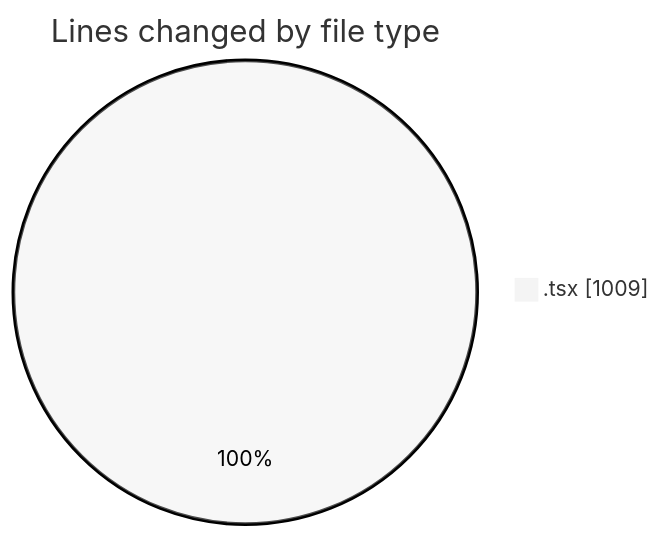
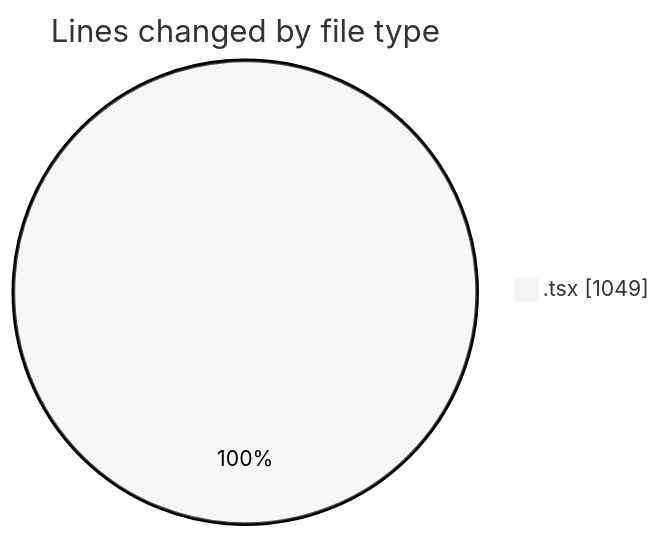
The first of 2 diagrams in 2025-05-28/kimberly-groups/README.md (JenPaints/code-tracking), drawn with Mermaid (neutral theme) before and after one commit. The commit also changed other lines of this file and 1 other file, not shown here.

````diff
--- a/2025-05-28/kimberly-groups/README.md
+++ b/2025-05-28/kimberly-groups/README.md
@@ -27,5 +27,5 @@
 ```mermaid
 pie showData
 title Lines changed by file type
-".tsx" : 1009
+".tsx" : 1049
 ```
````
